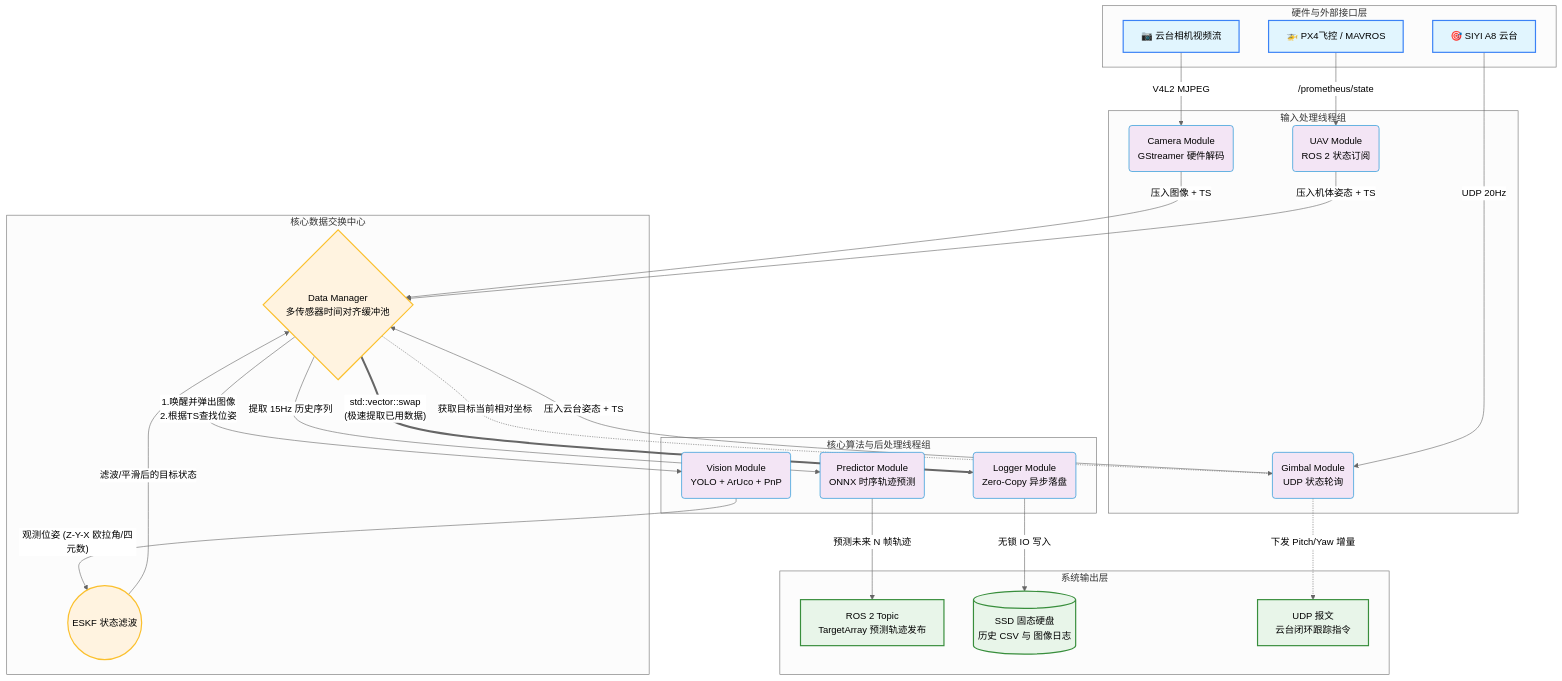
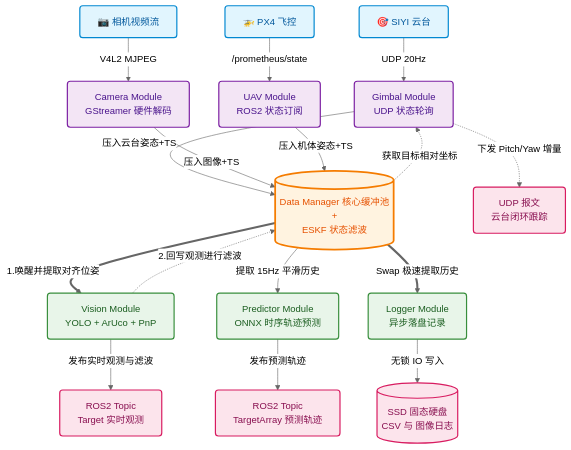
One commit to Aying-heu/SIYI_A8mini_onboard changed the diagram in Readme.md. Above: the diagram before and after it, drawn with Mermaid (neutral theme).

Commit message:
新增README文件：补充SIYI_A8mini_onboard项目说明

````diff
--- a/Readme.md
+++ b/Readme.md
@@ -16,64 +16,58 @@
 ```mermaid
-graph TD
-    subgraph Hardware [硬件与外部接口层]
-        Cam[📷 云台相机视频流]
-        Gimbal[🎯 SIYI A8 云台]
-        FC[🚁 PX4飞控 / MAVROS]
-    end
+flowchart TD
+    %% 定义全局颜色与样式（保持不变）
+    classDef hw fill:#e1f5fe,stroke:#0288d1,stroke-width:2px,color:#01579b,rx:5px
+    classDef thread fill:#f3e5f5,stroke:#7b1fa2,stroke-width:2px,color:#4a148c,rx:5px
+    classDef core fill:#fff3e0,stroke:#f57c00,stroke-width:3px,color:#e65100,rx:10px
+    classDef algo fill:#e8f5e9,stroke:#388e3c,stroke-width:2px,color:#1b5e20,rx:5px
+    classDef out fill:#fce4ec,stroke:#d81b60,stroke-width:2px,color:#880e4f,rx:5px
 
-    subgraph Input_Threads [输入处理线程组]
-        CamMod(Camera Module<br/>GStreamer 硬件解码)
-        GimbalMod(Gimbal Module<br/>UDP 状态轮询)
-        UAVMod(UAV Module<br/>ROS 2 状态订阅)
-    end
+    %% ================= 1. 硬件层 =================
+    Gimbal[🎯 SIYI 云台]:::hw
+    Cam[📷 相机视频流]:::hw
+    FC[🚁 PX4 飞控]:::hw
 
-    subgraph Core [核心数据交换中心]
-        DM{Data Manager<br/>多传感器时间对齐缓冲池}
-        ESKF((ESKF 状态滤波))
-    end
+    %% 去掉 Gimbal~~~Cam~~~FC，它们自然水平排列
 
-    subgraph Compute_Threads[核心算法与后处理线程组]
-        VisMod(Vision Module<br/>YOLO + ArUco + PnP)
-        PredMod(Predictor Module<br/>ONNX 时序轨迹预测)
-        LogMod(Logger Module<br/>Zero-Copy 异步落盘)
-    end
+    %% ================= 2. 采集线程 =================
+    GimbalMod[Gimbal Module<br/>UDP 状态轮询]:::thread
+    CamMod[Camera Module<br/>GStreamer 硬件解码]:::thread
+    UAVMod[UAV Module<br/>ROS2 状态订阅]:::thread
 
-    subgraph Outputs [系统输出层]
-        TargetMsg[ROS 2 Topic<br/>TargetArray 预测轨迹发布]
-        Storage[(SSD 固态硬盘<br/>历史 CSV 与 图像日志)]
-        GimbalCmd[UDP 报文<br/>云台闭环跟踪指令]
-    end
+    Gimbal -->|UDP 20Hz| GimbalMod
+    Cam -->|V4L2 MJPEG| CamMod
+    FC -->|/prometheus/state| UAVMod
 
-    %% 数据流向
-    Cam -- V4L2 MJPEG --> CamMod
-    Gimbal -- UDP 20Hz --> GimbalMod
-    FC -- /prometheus/state --> UAVMod
+    %% ================= 3. 核心枢纽 =================
+    DM[(Data Manager 核心缓冲池<br/>+<br/>ESKF 状态滤波)]:::core
 
-    CamMod -- 压入图像 + TS --> DM
-    GimbalMod -- 压入云台姿态 + TS --> DM
-    UAVMod -- 压入机体姿态 + TS --> DM
+    GimbalMod -->|压入云台姿态+TS| DM
+    CamMod -->|压入图像+TS| DM
+    UAVMod -->|压入机体姿态+TS| DM
 
-    DM -- "1.唤醒并弹出图像<br/>2.根据TS查找位姿" --> VisMod
-    VisMod -- "观测位姿 (Z-Y-X 欧拉角/四元数)" --> ESKF
-    ESKF -- 滤波/平滑后的目标状态 --> DM
+    %% ================= 4. 算法与后处理层 =================
+    VisMod[Vision Module<br/>YOLO + ArUco + PnP]:::algo
+    PredMod[Predictor Module<br/>ONNX 时序轨迹预测]:::algo
+    LogMod[Logger Module<br/>异步落盘记录]:::algo
 
-    DM -- 提取 15Hz 历史序列 --> PredMod
-    PredMod -- 预测未来 N 帧轨迹 --> TargetMsg
-    
-    DM -. 获取目标当前相对坐标 .-> GimbalMod
-    GimbalMod -. 下发 Pitch/Yaw 增量 .-> GimbalCmd
+    DM ==>|1.唤醒并提取对齐位姿| VisMod
+    VisMod -.->|2.回写观测进行滤波| DM
 
-    DM == "std::vector::swap<br/>(极速提取已用数据)" ==> LogMod
-    LogMod -- 无锁 IO 写入 --> Storage
+    DM -->|提取 15Hz 平滑历史| PredMod
+    DM ==>|Swap 极速提取历史| LogMod
 
-    %% 样式美化
-    classDef hardware fill:#e1f5fe,stroke:#3b82f6,stroke-width:2px;
-    classDef thread fill:#f3e5f5,stroke:#0288d1,stroke-width:1px;
-    classDef core fill:#fff3e0,stroke:#fbc02d,stroke-width:2px;
-    classDef output fill:#e8f5e9,stroke:#388e3c,stroke-width:2px;
-    
-    class Cam,Gimbal,FC hardware;
-    class CamMod,GimbalMod,UAVMod,VisMod,PredMod,LogMod thread;
-    class DM,ESKF core;
-    class TargetMsg,Storage,GimbalCmd output;
+    DM -.->|获取目标相对坐标| GimbalMod
+
+    %% ================= 5. 系统输出层 =================
+    GimbalCmd[UDP 报文<br/>云台闭环跟踪]:::out
+    TargetMsg1[ROS2 Topic<br/>Target 实时观测]:::out
+    TargetMsg2[ROS2 Topic<br/>TargetArray 预测轨迹]:::out
+    Storage[(SSD 固态硬盘<br/>CSV 与 图像日志)]:::out
+
+    %% 去掉 GimbalCmd ~~~ TargetMsg1 ~~~ TargetMsg2 ~~~ Storage，它们自然水平排列
+
+    GimbalMod -.->|下发 Pitch/Yaw 增量| GimbalCmd
+    VisMod -->|发布实时观测与滤波| TargetMsg1
+    PredMod -->|发布预测轨迹| TargetMsg2
+    LogMod -->|无锁 IO 写入| Storage
 ```
````
